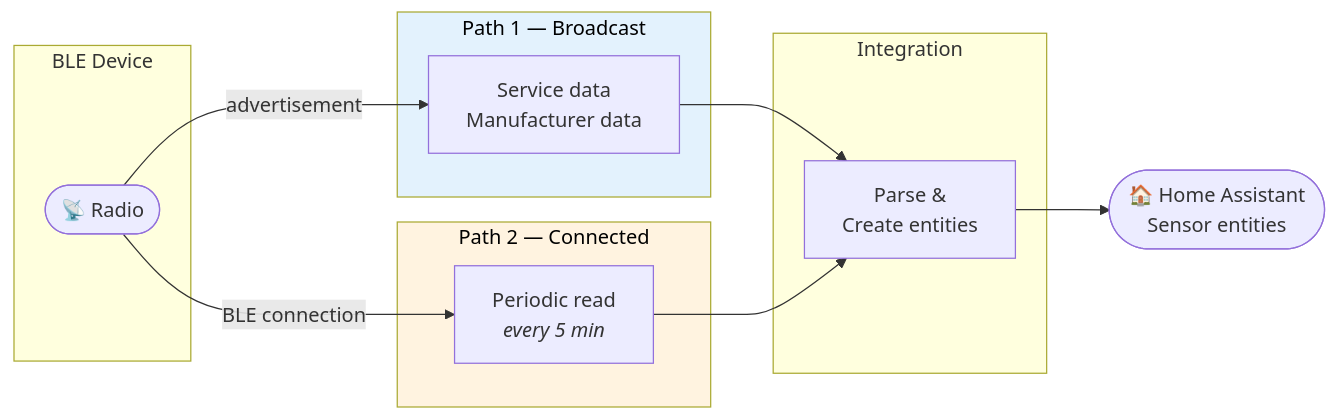
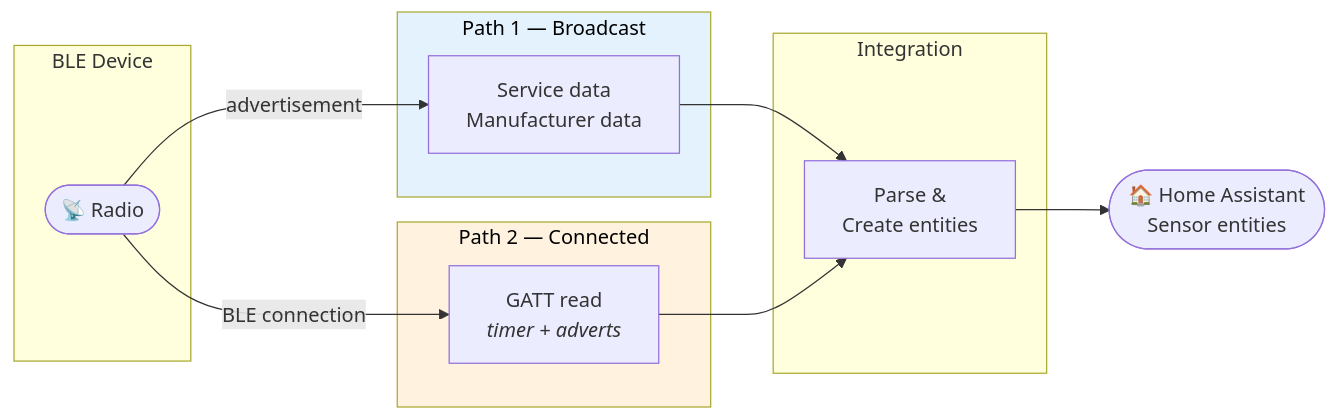
One commit to RonanB96/ha-bluetooth-sig changed the first of 2 diagrams in docs/explanation/data-paths.md. Above: the diagram before and after it, drawn with Mermaid. The commit also changed other lines of this file and 10 other files, not shown here.

````diff
--- a/docs/explanation/data-paths.md
+++ b/docs/explanation/data-paths.md
@@ -5,29 +5,29 @@
 ```mermaid
 flowchart LR
   subgraph device["BLE Device"]
     radio(["📡 Radio"])
   end
 
   subgraph passive["Path 1 — Broadcast"]
     bcast["Service data<br>Manufacturer data"]
   end
 
   subgraph active["Path 2 — Connected"]
-    poll["Periodic read<br><i>every 5 min</i>"]
+    poll["GATT read<br><i>timer + adverts</i>"]
   end
 
   radio -->|advertisement| bcast
   radio -->|BLE connection| poll
 
   subgraph integration["Integration"]
     parse["Parse &<br>Create entities"]
   end
 
   bcast --> parse
   poll --> parse
 
   parse --> ha(["🏠 Home Assistant<br>Sensor entities"])
 
   style passive fill:#e3f2fd,color:#000
   style active fill:#fff3e0,color:#000
 ```
````
